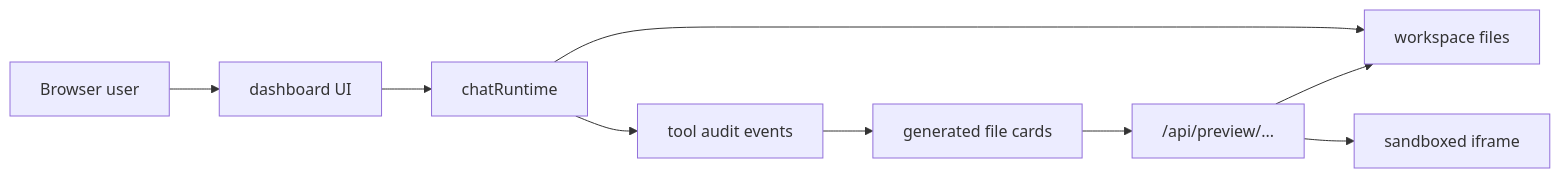
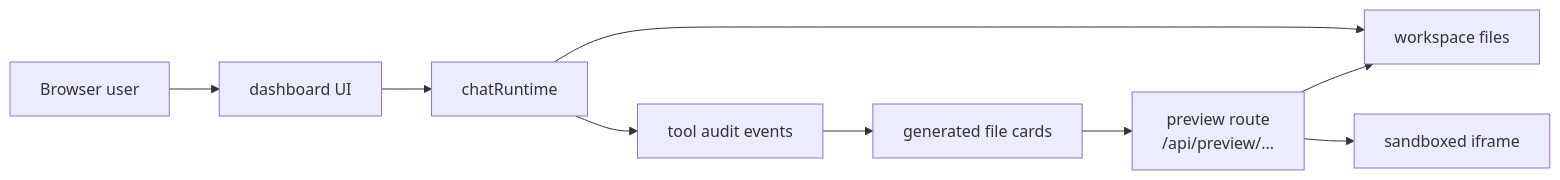
One commit to axeprpr/tiny-agent-cli changed the third of 4 diagrams in README.md. Above: the diagram before and after it, drawn with Mermaid. The commit also changed 1 other file, not shown here.

Commit message:
Fix README mermaid preview diagram

````diff
--- a/README.md
+++ b/README.md
@@ -145,20 +145,20 @@
 ```mermaid
 flowchart LR
     user[Browser user]
     dashboard["dashboard UI"]
     runtime["chatRuntime"]
     audit["tool audit events"]
     files["generated file cards"]
-    preview["/api/preview/..."]
+    preview["preview route<br/>/api/preview/..."]
     iframe["sandboxed iframe"]
     workspace["workspace files"]
 
     user --> dashboard
     dashboard --> runtime
     runtime --> audit
     audit --> files
     runtime --> workspace
     files --> preview
     preview --> workspace
     preview --> iframe
 ```
````
